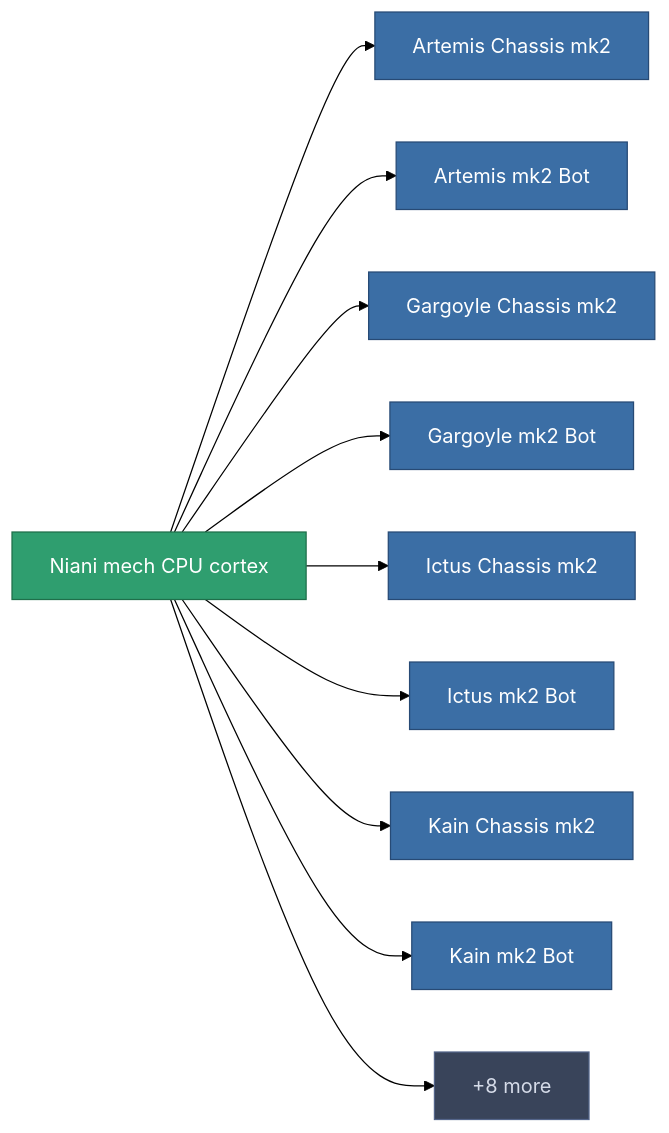
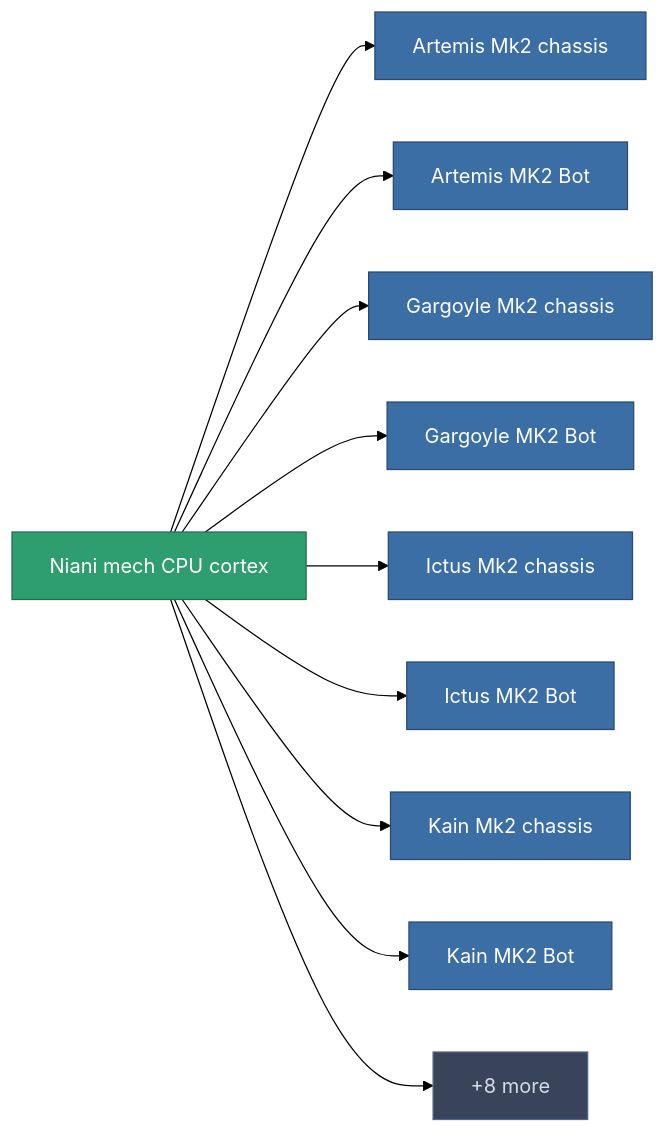
One commit to OpenPerpetuum/Wiki changed the diagram in content/content/items/reactore_core_mech.md. Above: the diagram before and after it, drawn with Mermaid (forest theme). The commit also changed other lines of this file and 1584 other files, not shown here.

````diff
--- a/content/content/items/reactore_core_mech.md
+++ b/content/content/items/reactore_core_mech.md
@@ -27,30 +27,30 @@
 ```mermaid
 graph LR
     a["Niani mech CPU cortex"]:::current
-    b["Artemis Chassis mk2"]:::prod
+    b["Artemis Mk2 chassis"]:::prod
     a --> b
-    c["Artemis mk2 Bot"]:::prod
+    c["Artemis MK2 Bot"]:::prod
     a --> c
-    click c "/content/robots/" "Artemis mk2 Bot"
-    d["Gargoyle Chassis mk2"]:::prod
+    click c "/content/robots/" "Artemis MK2 Bot"
+    d["Gargoyle Mk2 chassis"]:::prod
     a --> d
-    e["Gargoyle mk2 Bot"]:::prod
+    e["Gargoyle MK2 Bot"]:::prod
     a --> e
-    click e "/content/robots/" "Gargoyle mk2 Bot"
-    f["Ictus Chassis mk2"]:::prod
+    click e "/content/robots/" "Gargoyle MK2 Bot"
+    f["Ictus Mk2 chassis"]:::prod
     a --> f
-    g["Ictus mk2 Bot"]:::prod
+    g["Ictus MK2 Bot"]:::prod
     a --> g
-    click g "/content/robots/" "Ictus mk2 Bot"
-    h["Kain Chassis mk2"]:::prod
+    click g "/content/robots/" "Ictus MK2 Bot"
+    h["Kain Mk2 chassis"]:::prod
     a --> h
-    i["Kain mk2 Bot"]:::prod
+    i["Kain MK2 Bot"]:::prod
     a --> i
-    click i "/content/robots/" "Kain mk2 Bot"
+    click i "/content/robots/" "Kain MK2 Bot"
     j["+8 more"]:::more
     a --> j
     click j "/content/recipes/" "All recipes"
     classDef current fill:#2f9e6f,stroke:#1f6f4a,color:#ffffff
     classDef prod fill:#3b6ea5,stroke:#274a75,color:#ffffff
     classDef more fill:#39445a,stroke:#54658a,color:#d5dbe8
 ```
````
